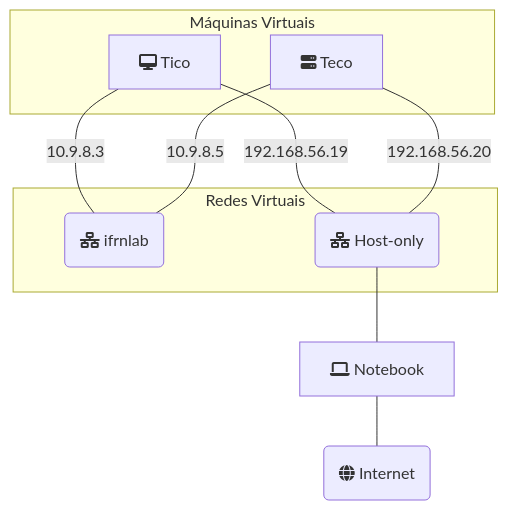
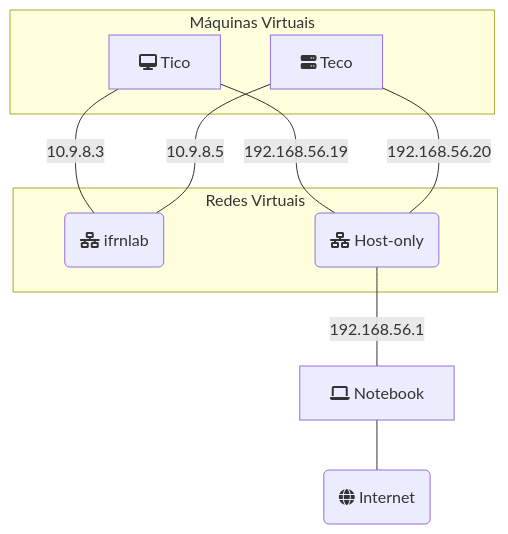
Before and after one commit to ifrnlab/netlab: the diagram in diagramas/fluxogramas/tico-e-teco.md, drawn with Mermaid.

````diff
--- a/diagramas/fluxogramas/tico-e-teco.md
+++ b/diagramas/fluxogramas/tico-e-teco.md
@@ -3,26 +3,26 @@
 ```mermaid
 graph TD
 
     %% Dispositivos
     subgraph Máquinas Virtuais
         tico[fa:fa-desktop Tico]
         teco[fa:fa-server Teco]
     end
     notebook[fa:fa-laptop Notebook]
 
     %% Redes
     subgraph Redes Virtuais
         ifrnlab(fa:fa-network-wired ifrnlab)
         hostonly("fa:fa-network-wired Host-only")
     end
 
     internet(fa:fa-globe Internet)
     
     %% Ligações entre redes e dispositivos
     tico --- |10.9.8.3| ifrnlab
     tico --- |192.168.56.19| hostonly
     teco --- |10.9.8.5| ifrnlab
     teco --- |192.168.56.20| hostonly
 
-    hostonly --- notebook --- internet
+    hostonly --- |192.168.56.1| notebook --- internet
 ```
````
